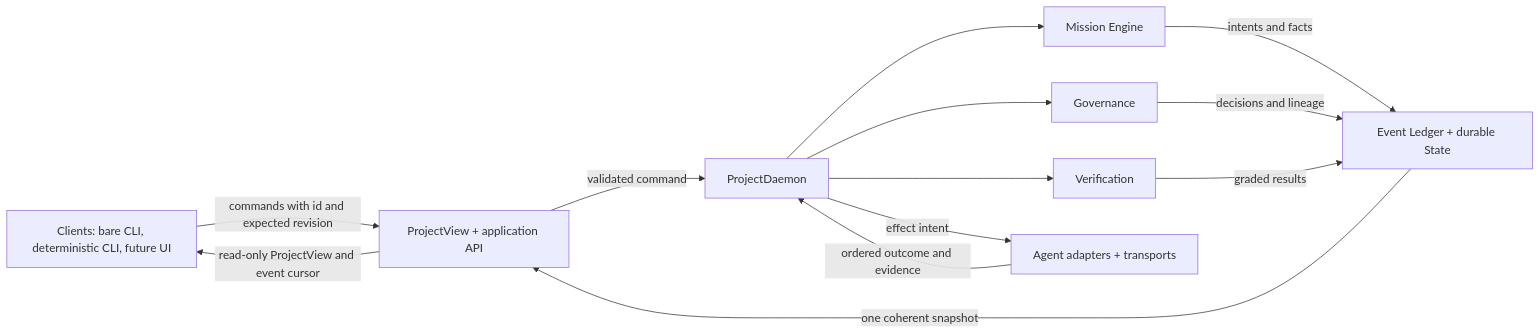
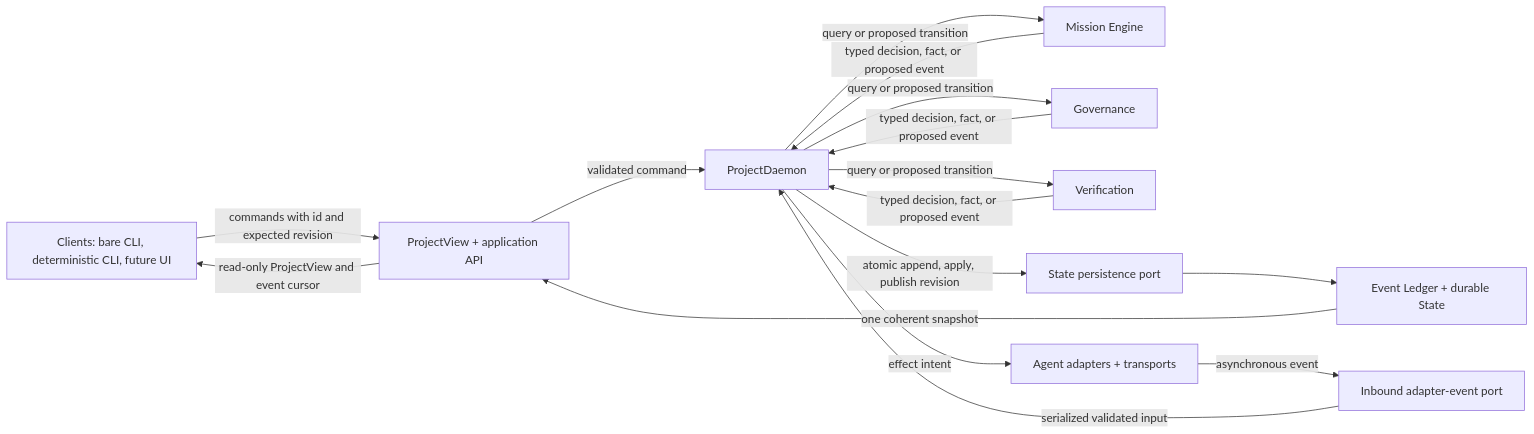
Before and after one commit to Jiawang1209/AgentDeck: the first of 2 diagrams in docs/architecture/agentdeck-v1-kernel-reset.md, drawn with Mermaid. The commit also changed other lines of this file and 1 other file, not shown here.

````diff
--- a/docs/architecture/agentdeck-v1-kernel-reset.md
+++ b/docs/architecture/agentdeck-v1-kernel-reset.md
@@ -35,24 +35,29 @@
 ```mermaid
 flowchart LR
     C["Clients: bare CLI, deterministic CLI, future UI"]
     A["ProjectView + application API"]
     D["ProjectDaemon"]
     K["Mission Engine"]
     G["Governance"]
     V["Verification"]
+    P["State persistence port"]
     S["Event Ledger + durable State"]
     X["Agent adapters + transports"]
+    E["Inbound adapter-event port"]
 
     C -->|commands with id and expected revision| A
     A -->|validated command| D
-    D --> K
-    D --> G
-    D --> V
-    K -->|intents and facts| S
-    G -->|decisions and lineage| S
-    V -->|graded results| S
+    D -->|query or proposed transition| K
+    D -->|query or proposed transition| G
+    D -->|query or proposed transition| V
+    K -->|typed decision, fact, or proposed event| D
+    G -->|typed decision, fact, or proposed event| D
+    V -->|typed decision, fact, or proposed event| D
+    D -->|atomic append, apply, publish revision| P
+    P --> S
     D -->|effect intent| X
-    X -->|ordered outcome and evidence| D
+    X -->|asynchronous event| E
+    E -->|serialized validated input| D
     S -->|one coherent snapshot| A
     A -->|read-only ProjectView and event cursor| C
 ```
````
